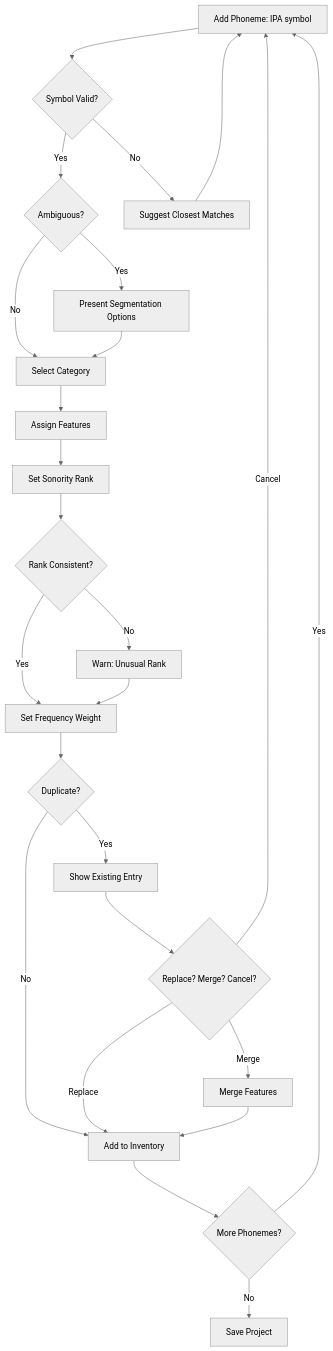
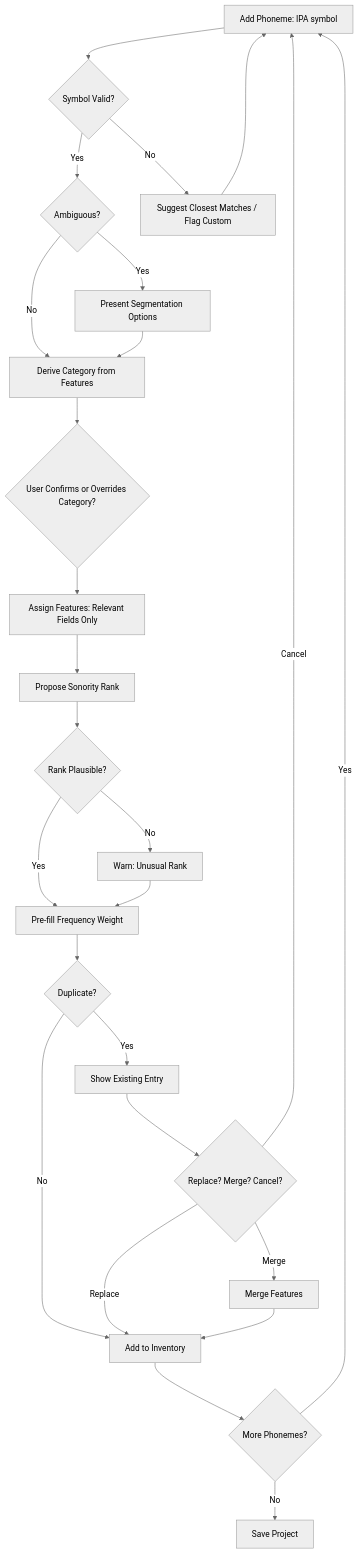
One commit to Danweel/LatticeLang changed the diagram in docs/source/use_cases/user_goal_level/UC-01_define_phoneme_inventory.rst. Above: the diagram before and after it, drawn with Mermaid (neutral theme). The commit also changed other lines of this file and 151 other files, not shown here.

```diff
--- a/docs/source/use_cases/user_goal_level/UC-01_define_phoneme_inventory.rst
+++ b/docs/source/use_cases/user_goal_level/UC-01_define_phoneme_inventory.rst
@@ -158,27 +237,28 @@
 .. mermaid::
 
    graph TD
        A[Add Phoneme: IPA symbol] --> B{Symbol Valid?}
        B -->|Yes| C{Ambiguous?}
-       B -->|No| D[Suggest Closest Matches]
+       B -->|No| D[Suggest Closest Matches / Flag Custom]
        D --> A
-       C -->|No| E[Select Category]
+       C -->|No| E[Derive Category from Features]
        C -->|Yes| F[Present Segmentation Options]
        F --> E
-       E --> G[Assign Features]
-       G --> H[Set Sonority Rank]
-       H --> I{Rank Consistent?}
-       I -->|Yes| J[Set Frequency Weight]
-       I -->|No| K[Warn: Unusual Rank]
-       K --> J
-       J --> L{Duplicate?}
-       L -->|No| M[Add to Inventory]
-       L -->|Yes| N[Show Existing Entry]
-       N --> O{Replace? Merge? Cancel?}
-       O -->|Replace| M
-       O -->|Merge| P[Merge Features]
-       P --> M
-       O -->|Cancel| A
-       M --> Q{More Phonemes?}
-       Q -->|Yes| A
-       Q -->|No| R[Save Project]
+       E --> G{User Confirms or Overrides Category?}
+       G --> H[Assign Features: Relevant Fields Only]
+       H --> I[Propose Sonority Rank]
+       I --> J{Rank Plausible?}
+       J -->|Yes| K[Pre-fill Frequency Weight]
+       J -->|No| L[Warn: Unusual Rank]
+       L --> K
+       K --> M{Duplicate?}
+       M -->|No| N[Add to Inventory]
+       M -->|Yes| O[Show Existing Entry]
+       O --> P{Replace? Merge? Cancel?}
+       P -->|Replace| N
+       P -->|Merge| Q[Merge Features]
+       Q --> N
+       P -->|Cancel| A
+       N --> R{More Phonemes?}
+       R -->|Yes| A
+       R -->|No| S[Save Project]
```
